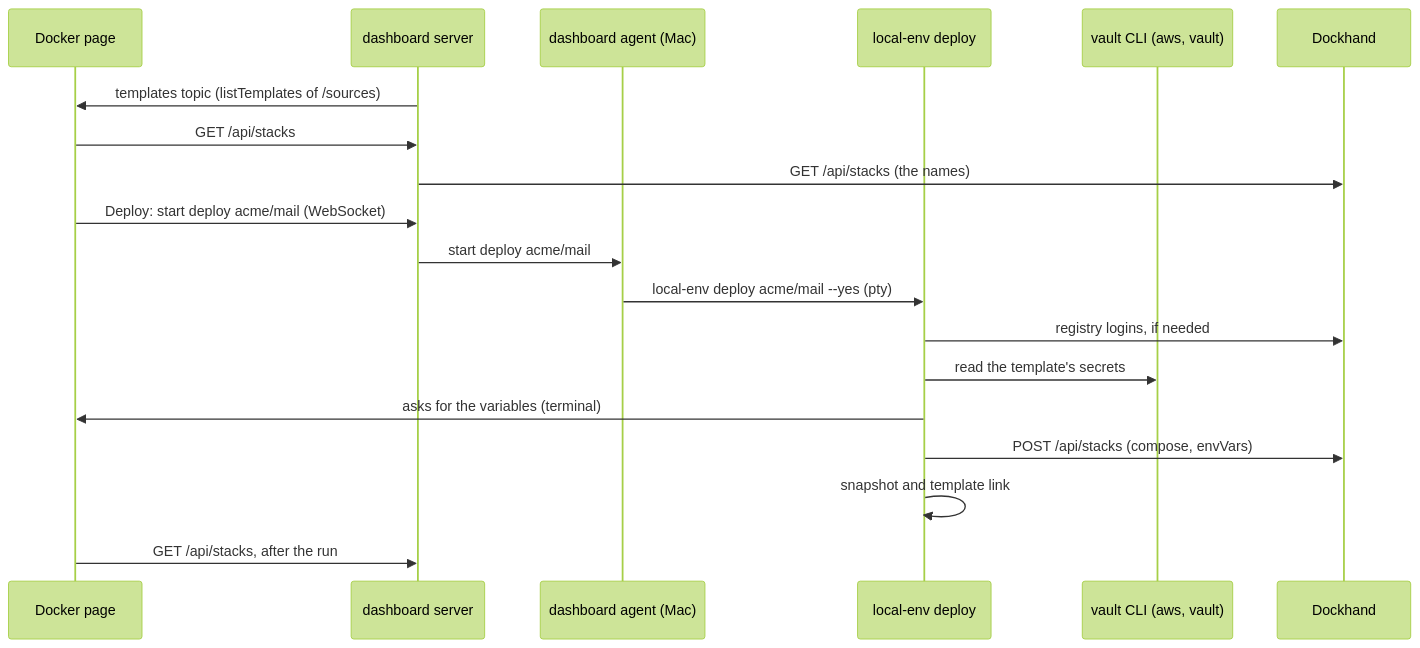
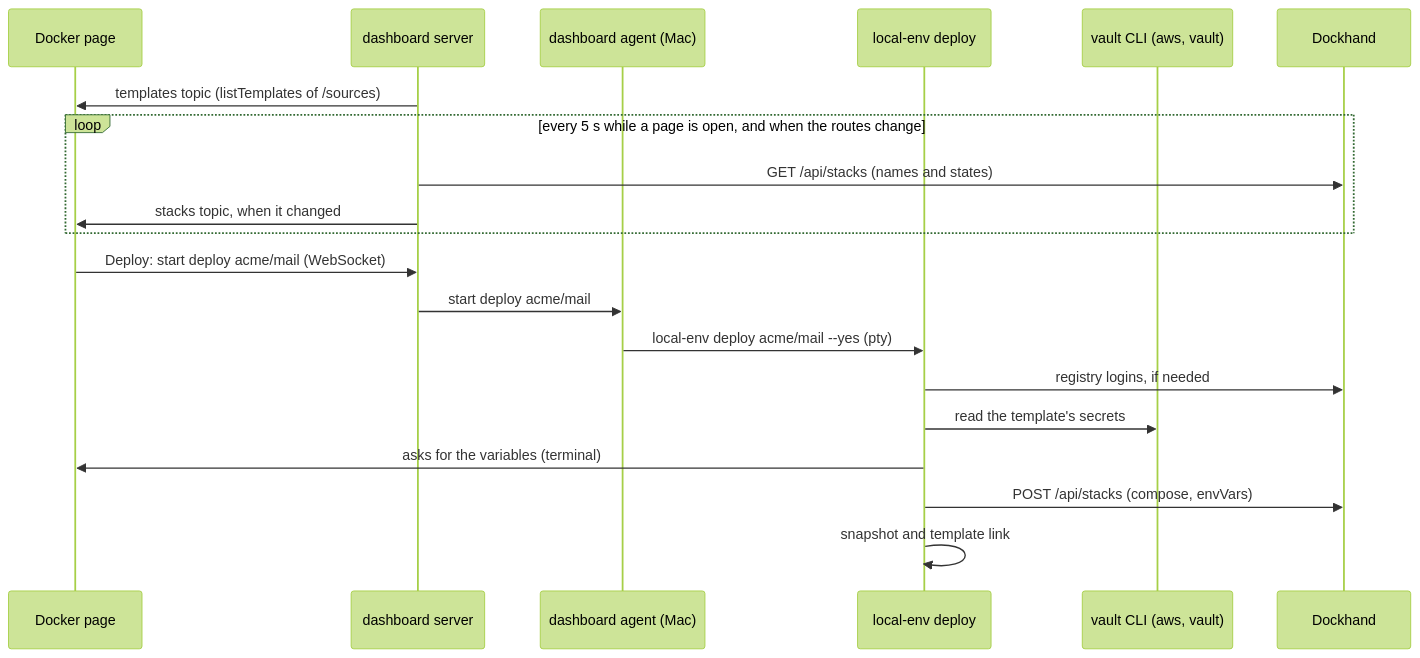
The diagram in docs/3-how-it-works/docker-catalog.md (cgaube/local-env), drawn with Mermaid (forest theme) before and after one commit. The commit also changed other lines of this file and 36 other files, not shown here.

````diff
--- a/docs/3-how-it-works/docker-catalog.md
+++ b/docs/3-how-it-works/docker-catalog.md
@@ -28,21 +31,22 @@
 ```mermaid
 sequenceDiagram
   participant Page as Docker page
   participant Dash as dashboard server
   participant Agent as dashboard agent (Mac)
   participant CLI as local-env deploy
   participant Vault as vault CLI (aws, vault)
   participant DH as Dockhand
   Dash->>Page: templates topic (listTemplates of /sources)
-  Page->>Dash: GET /api/stacks
-  Dash->>DH: GET /api/stacks (the names)
+  loop every 5 s while a page is open, and when the routes change
+    Dash->>DH: GET /api/stacks (names and states)
+    Dash->>Page: stacks topic, when it changed
+  end
   Page->>Dash: Deploy: start deploy acme/mail (WebSocket)
   Dash->>Agent: start deploy acme/mail
   Agent->>CLI: local-env deploy acme/mail --yes (pty)
   CLI->>DH: registry logins, if needed
   CLI->>Vault: read the template's secrets
   CLI->>Page: asks for the variables (terminal)
   CLI->>DH: POST /api/stacks (compose, envVars)
   CLI->>CLI: snapshot and template link
-  Page->>Dash: GET /api/stacks, after the run
 ```
````
